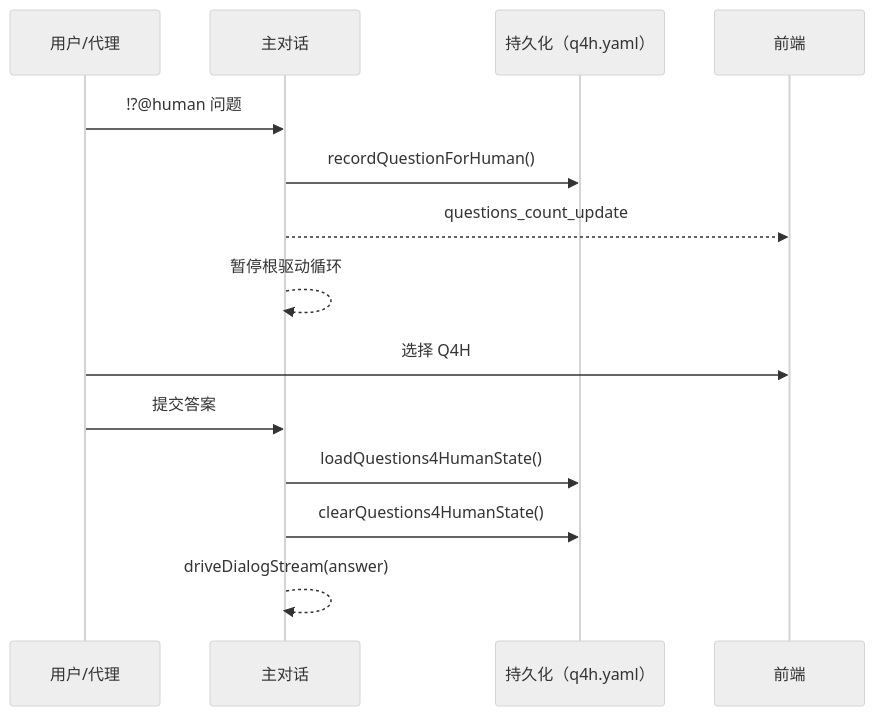
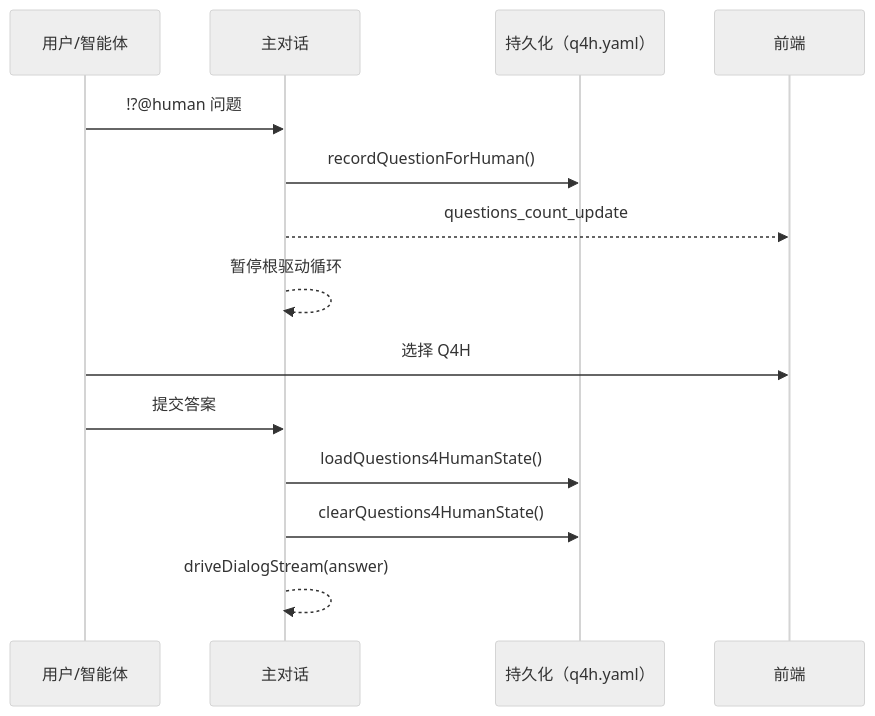
Before and after one commit to longrun-ai/dominds: diagram 15 of 18 in docs/dialog-system.zh.md, drawn with Mermaid (neutral theme). The commit also changed other lines of this file and 28 other files, not shown here.

````diff
--- a/docs/dialog-system.zh.md
+++ b/docs/dialog-system.zh.md
@@ -1177,18 +1177,18 @@
 ```mermaid
 sequenceDiagram
-  participant User as 用户/代理
+	  participant User as 用户/智能体
   participant Main as 主对话
   participant Store as 持久化（q4h.yaml）
   participant UI as 前端
 
   User->>Main: !?@human 问题
   Main->>Store: recordQuestionForHuman()
   Main-->>UI: questions_count_update
   Main-->>Main: 暂停根驱动循环
 
   User->>UI: 选择 Q4H
   User->>Main: 提交答案
   Main->>Store: loadQuestions4HumanState()
   Main->>Store: clearQuestions4HumanState()
   Main-->>Main: driveDialogStream(answer)
 ```
````
